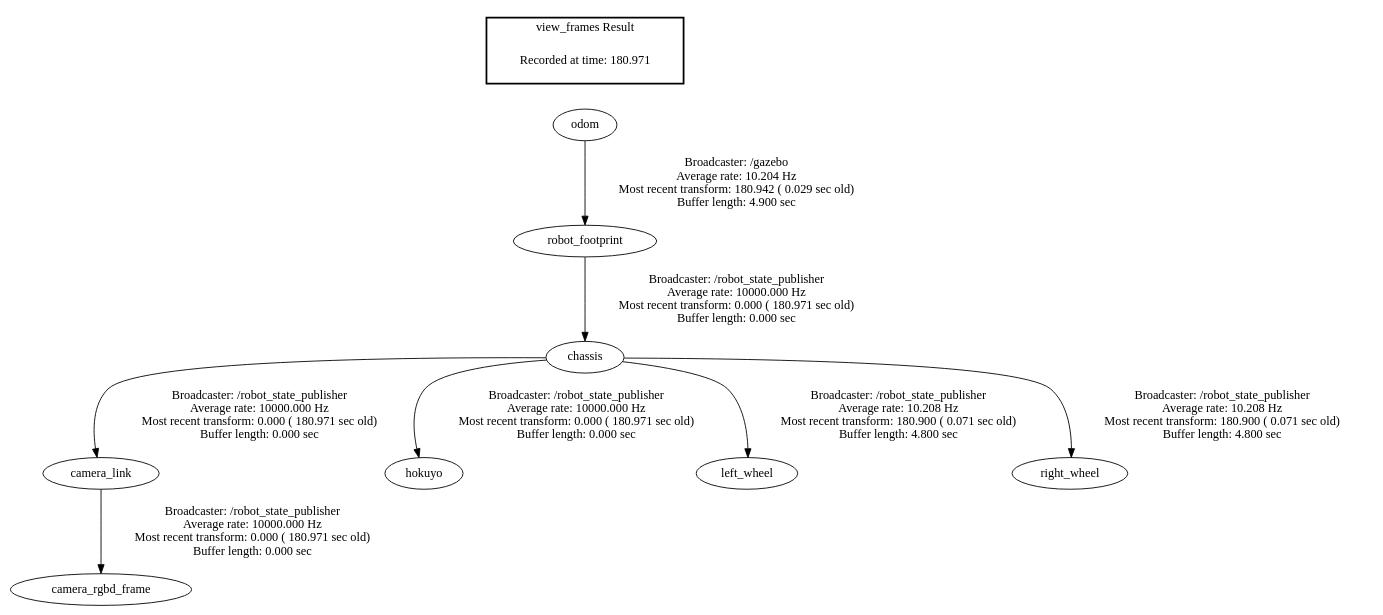
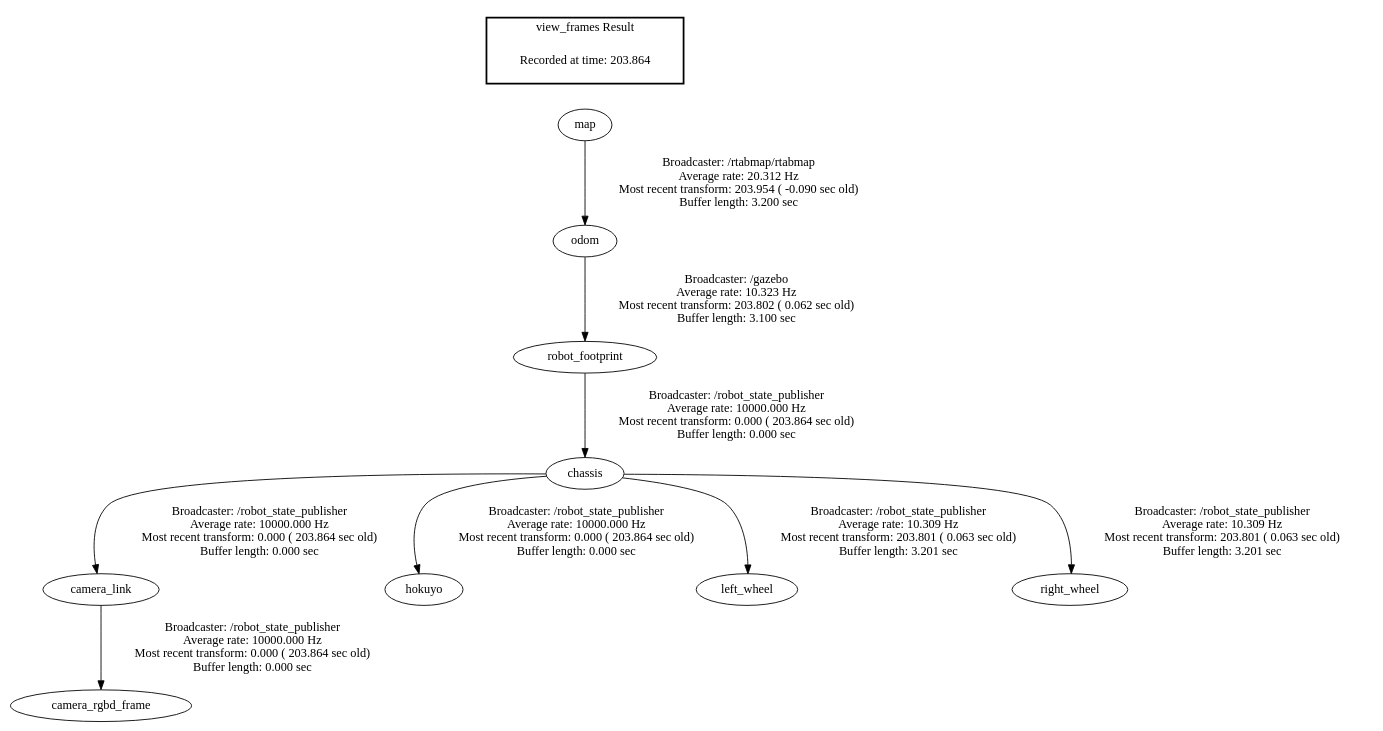
One commit to xUansen/RoboND-MapMyWorld changed the diagram in catkin_ws/frames.gv. Above: the diagram before and after it, drawn with Graphviz. The commit also changed 25 other files, not shown here.

```diff
--- a/catkin_ws/frames.gv
+++ b/catkin_ws/frames.gv
@@ -1,13 +1,14 @@
 digraph G {
-"chassis" -> "camera_link"[label="Broadcaster: /robot_state_publisher\nAverage rate: 10000.000 Hz\nMost recent transform: 0.000 ( 180.971 sec old)\nBuffer length: 0.000 sec\n"];
-"robot_footprint" -> "chassis"[label="Broadcaster: /robot_state_publisher\nAverage rate: 10000.000 Hz\nMost recent transform: 0.000 ( 180.971 sec old)\nBuffer length: 0.000 sec\n"];
-"camera_link" -> "camera_rgbd_frame"[label="Broadcaster: /robot_state_publisher\nAverage rate: 10000.000 Hz\nMost recent transform: 0.000 ( 180.971 sec old)\nBuffer length: 0.000 sec\n"];
-"chassis" -> "hokuyo"[label="Broadcaster: /robot_state_publisher\nAverage rate: 10000.000 Hz\nMost recent transform: 0.000 ( 180.971 sec old)\nBuffer length: 0.000 sec\n"];
-"odom" -> "robot_footprint"[label="Broadcaster: /gazebo\nAverage rate: 10.204 Hz\nMost recent transform: 180.942 ( 0.029 sec old)\nBuffer length: 4.900 sec\n"];
-"chassis" -> "left_wheel"[label="Broadcaster: /robot_state_publisher\nAverage rate: 10.208 Hz\nMost recent transform: 180.900 ( 0.071 sec old)\nBuffer length: 4.800 sec\n"];
-"chassis" -> "right_wheel"[label="Broadcaster: /robot_state_publisher\nAverage rate: 10.208 Hz\nMost recent transform: 180.900 ( 0.071 sec old)\nBuffer length: 4.800 sec\n"];
+"chassis" -> "camera_link"[label="Broadcaster: /robot_state_publisher\nAverage rate: 10000.000 Hz\nMost recent transform: 0.000 ( 203.864 sec old)\nBuffer length: 0.000 sec\n"];
+"robot_footprint" -> "chassis"[label="Broadcaster: /robot_state_publisher\nAverage rate: 10000.000 Hz\nMost recent transform: 0.000 ( 203.864 sec old)\nBuffer length: 0.000 sec\n"];
+"chassis" -> "hokuyo"[label="Broadcaster: /robot_state_publisher\nAverage rate: 10000.000 Hz\nMost recent transform: 0.000 ( 203.864 sec old)\nBuffer length: 0.000 sec\n"];
+"camera_link" -> "camera_rgbd_frame"[label="Broadcaster: /robot_state_publisher\nAverage rate: 10000.000 Hz\nMost recent transform: 0.000 ( 203.864 sec old)\nBuffer length: 0.000 sec\n"];
+"odom" -> "robot_footprint"[label="Broadcaster: /gazebo\nAverage rate: 10.323 Hz\nMost recent transform: 203.802 ( 0.062 sec old)\nBuffer length: 3.100 sec\n"];
+"chassis" -> "left_wheel"[label="Broadcaster: /robot_state_publisher\nAverage rate: 10.309 Hz\nMost recent transform: 203.801 ( 0.063 sec old)\nBuffer length: 3.201 sec\n"];
+"chassis" -> "right_wheel"[label="Broadcaster: /robot_state_publisher\nAverage rate: 10.309 Hz\nMost recent transform: 203.801 ( 0.063 sec old)\nBuffer length: 3.201 sec\n"];
+"map" -> "odom"[label="Broadcaster: /rtabmap/rtabmap\nAverage rate: 20.312 Hz\nMost recent transform: 203.954 ( -0.090 sec old)\nBuffer length: 3.200 sec\n"];
 edge [style=invis];
  subgraph cluster_legend { style=bold; color=black; label ="view_frames Result";
-"Recorded at time: 180.971"[ shape=plaintext ] ;
- }->"odom";
+"Recorded at time: 203.864"[ shape=plaintext ] ;
+ }->"map";
 }
```
